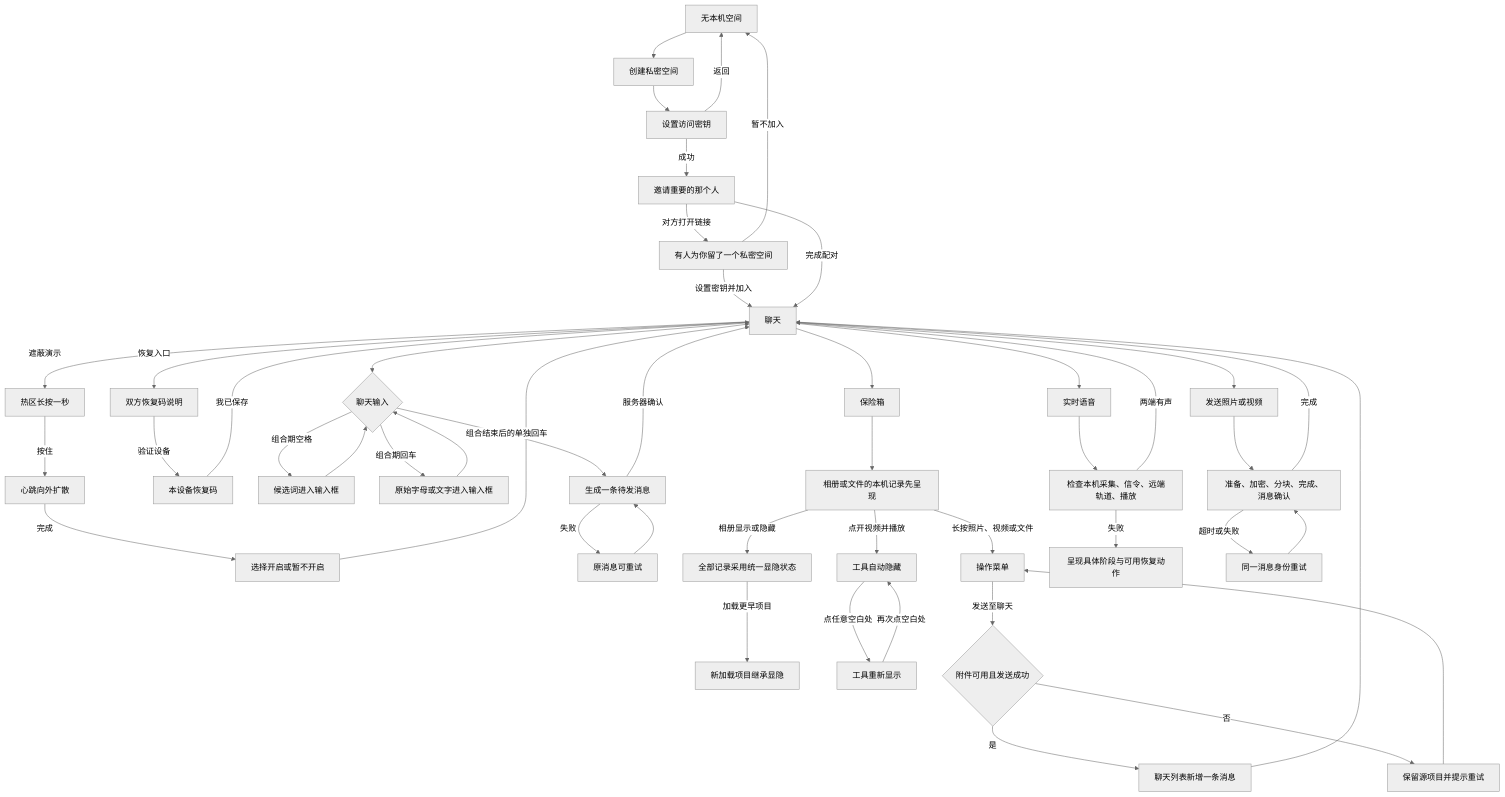
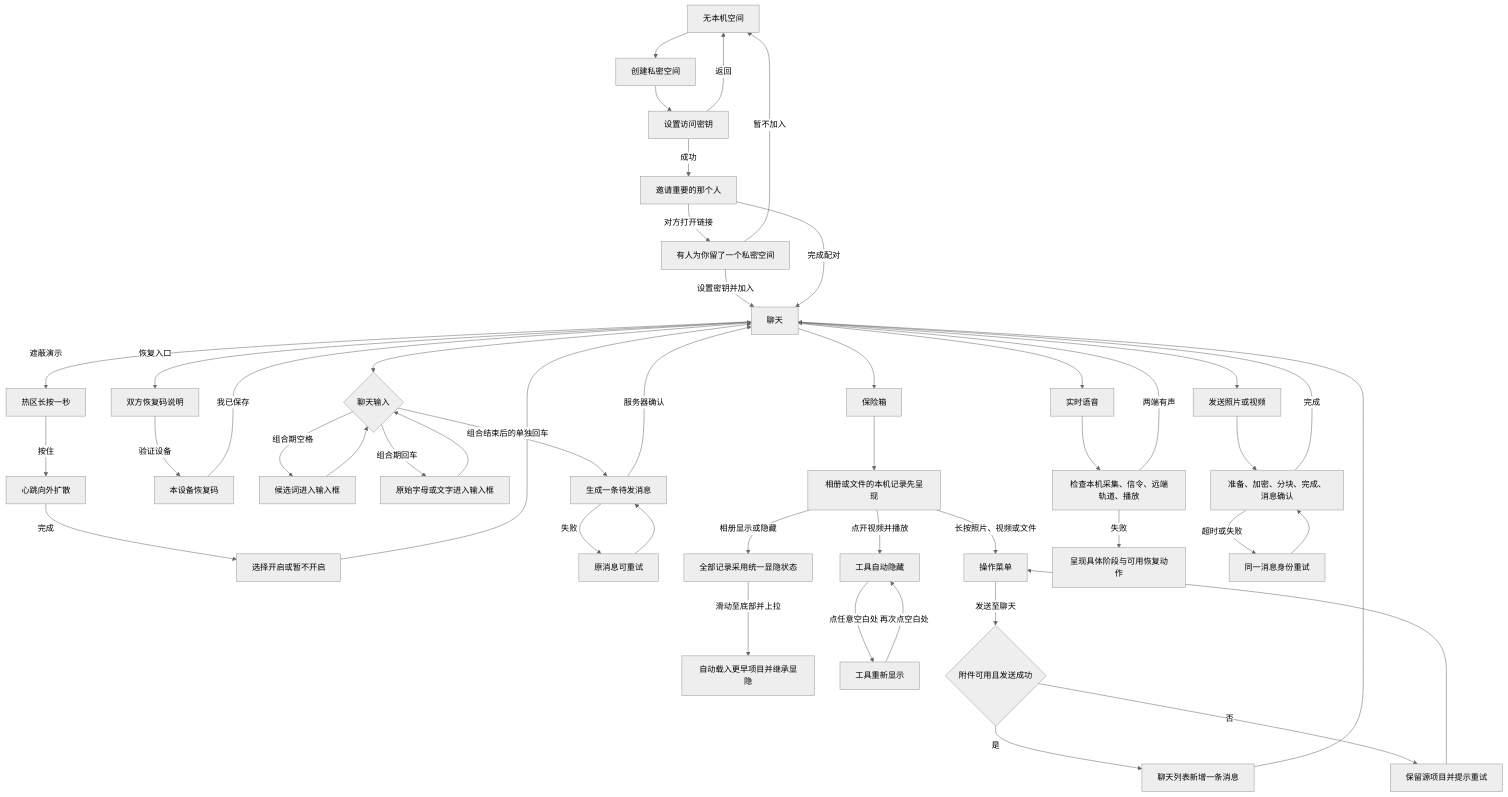
One commit to zdaiwmm/shui-IM changed the diagram in docs/requirements/2026-09-21-ux-media-feedback/flow.md. Above: the diagram before and after it, drawn with Mermaid (neutral theme). The commit also changed other lines of this file and 20 other files, not shown here.

````diff
--- a/docs/requirements/2026-09-21-ux-media-feedback/flow.md
+++ b/docs/requirements/2026-09-21-ux-media-feedback/flow.md
@@ -5,52 +5,52 @@
 ```mermaid
 flowchart TD
   A[无本机空间] --> B[创建私密空间]
   B --> C[设置访问密钥]
   C -->|成功| D[邀请重要的那个人]
   C -->|返回| A
   D -->|对方打开链接| E[有人为你留了一个私密空间]
   E -->|设置密钥并加入| F[聊天]
   E -->|暂不加入| A
   D -->|完成配对| F
   F -->|遮蔽演示| G[热区长按一秒]
   G -->|按住| H[心跳向外扩散]
   H -->|完成| I[选择开启或暂不开启]
   I --> F
   F -->|恢复入口| J[双方恢复码说明]
   J -->|验证设备| K[本设备恢复码]
   K -->|我已保存| F
 
   F --> L{聊天输入}
   L -->|组合期空格| M[候选词进入输入框]
   L -->|组合期回车| N[原始字母或文字进入输入框]
   M --> L
   N --> L
   L -->|组合结束后的单独回车| O[生成一条待发消息]
   O -->|服务器确认| F
   O -->|失败| P[原消息可重试]
   P --> O
 
   F --> Q[保险箱]
   Q --> R[相册或文件的本机记录先呈现]
   R -->|相册显示或隐藏| S[全部记录采用统一显隐状态]
-  S -->|加载更早项目| T[新加载项目继承显隐]
+  S -->|滑动至底部并上拉| T[自动载入更早项目并继承显隐]
   R -->|点开视频并播放| U[工具自动隐藏]
   U -->|点任意空白处| V[工具重新显示]
   V -->|再次点空白处| U
   R -->|长按照片、视频或文件| W[操作菜单]
   W -->|发送至聊天| X{附件可用且发送成功}
   X -->|是| Y[聊天列表新增一条消息]
   X -->|否| Z[保留源项目并提示重试]
   Y --> F
   Z --> W
 
   F --> AA[实时语音]
   AA --> AB[检查本机采集、信令、远端轨道、播放]
   AB -->|两端有声| F
   AB -->|失败| AC[呈现具体阶段与可用恢复动作]
   F --> AD[发送照片或视频]
   AD --> AE[准备、加密、分块、完成、消息确认]
   AE -->|完成| F
   AE -->|超时或失败| AF[同一消息身份重试]
   AF --> AE
 ```
````
